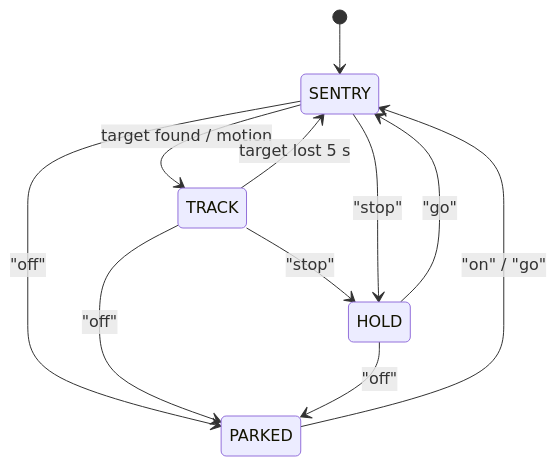
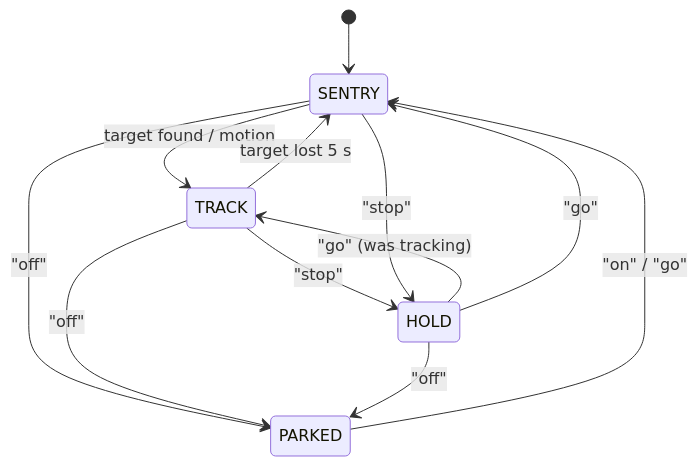
One commit to WALDO-Hacks/WALDO-executorch changed the second of 2 diagrams in README.md. Above: the diagram before and after it, drawn with Mermaid. The commit also changed other lines of this file, not shown here.

````diff
--- a/README.md
+++ b/README.md
@@ -58,13 +74,14 @@
 ```mermaid
 stateDiagram-v2
     [*] --> SENTRY
     SENTRY --> TRACK: target found / motion
     TRACK --> SENTRY: target lost 5 s
     TRACK --> HOLD: "stop"
     SENTRY --> HOLD: "stop"
+    HOLD --> TRACK: "go" (was tracking)
     HOLD --> SENTRY: "go"
     SENTRY --> PARKED: "off"
     TRACK --> PARKED: "off"
     HOLD --> PARKED: "off"
     PARKED --> SENTRY: "on" / "go"
 ```
````
